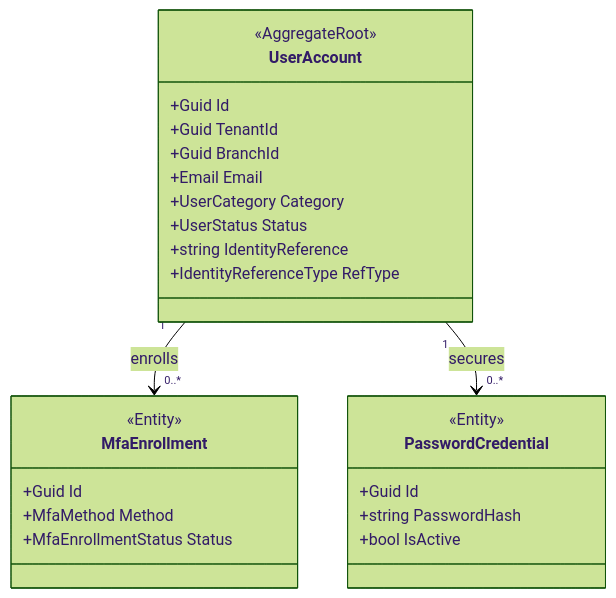
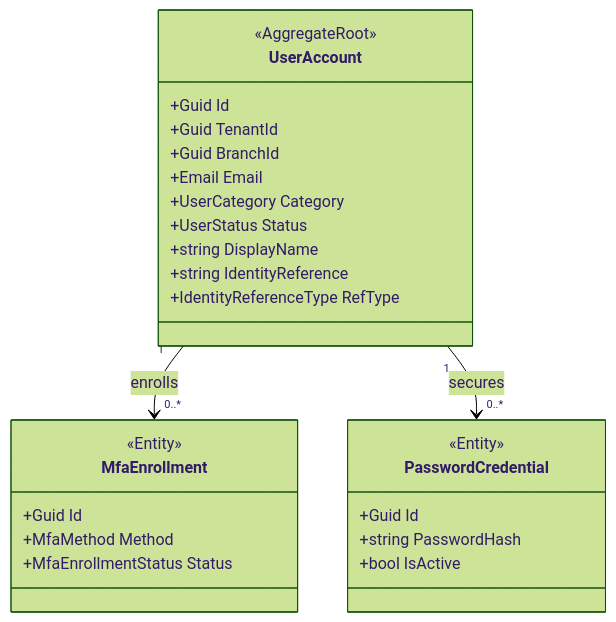
One commit to beyondnetcode/ums changed the sixth of 9 diagrams in docs/governance/construction/ddd-design/03-identity-context.md. Above: the diagram before and after it, drawn with Mermaid (forest theme). The commit also changed other lines of this file and 14 other files, not shown here.

Commit message:
docs(onboarding): align domain and ER models

````diff
--- a/docs/governance/construction/ddd-design/03-identity-context.md
+++ b/docs/governance/construction/ddd-design/03-identity-context.md
@@ -249,29 +312,30 @@
 ```mermaid
 classDiagram
     direction TB
     class UserAccount {
         <<AggregateRoot>>
         +Guid Id
         +Guid TenantId
         +Guid BranchId
         +Email Email
         +UserCategory Category
         +UserStatus Status
+        +string DisplayName
         +string IdentityReference
         +IdentityReferenceType RefType
     }
     class MfaEnrollment {
         <<Entity>>
         +Guid Id
         +MfaMethod Method
         +MfaEnrollmentStatus Status
     }
     class PasswordCredential {
         <<Entity>>
         +Guid Id
         +string PasswordHash
         +bool IsActive
     }
     UserAccount "1" --> "0..*" MfaEnrollment : enrolls
     UserAccount "1" --> "0..*" PasswordCredential : secures
 ```
````
